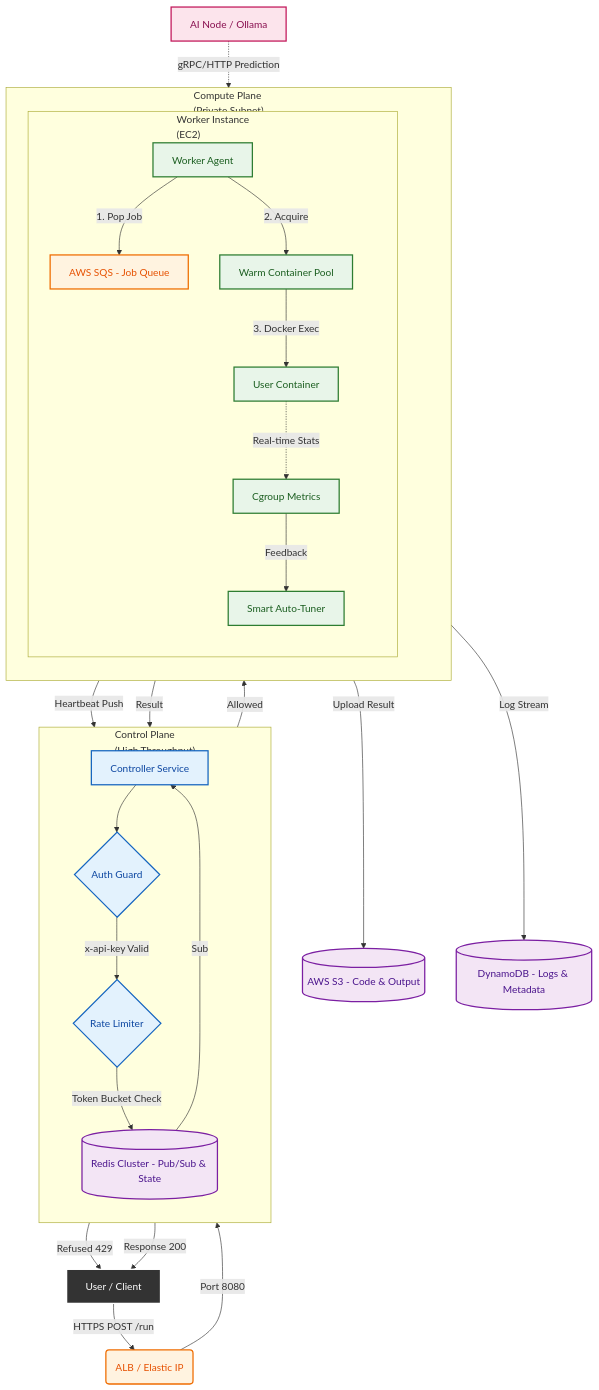
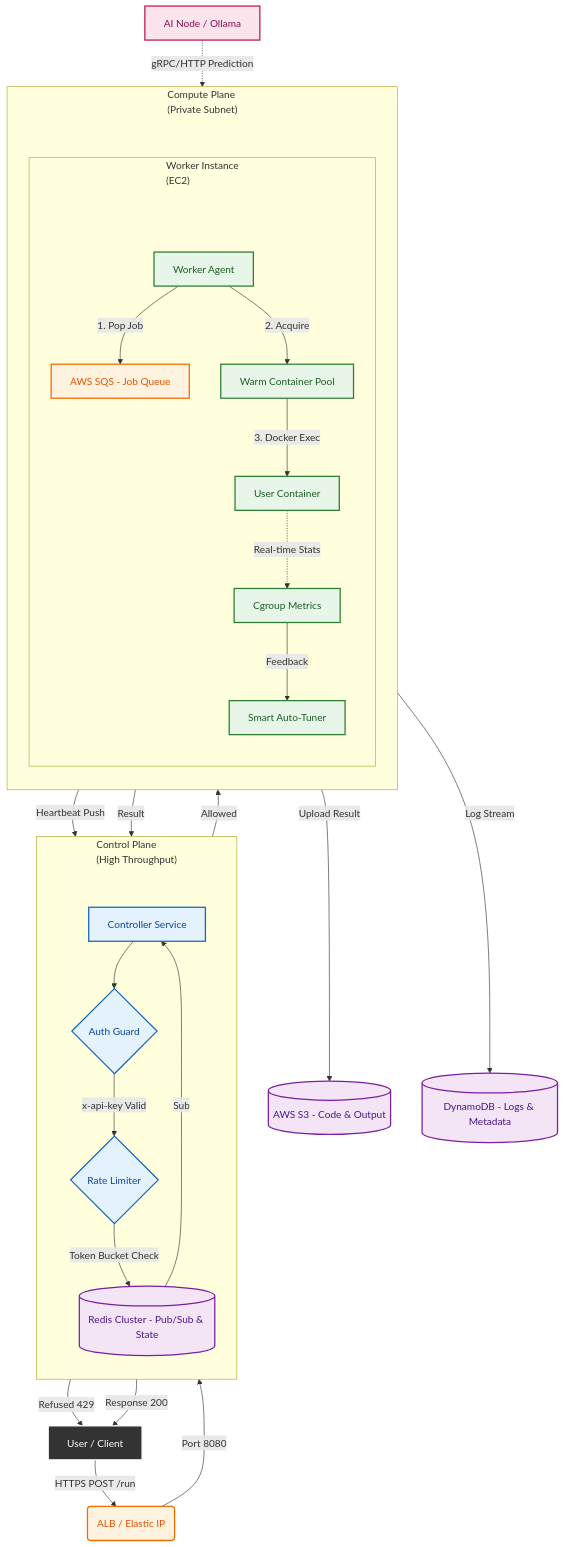
Before and after one commit to sangmu1126/FaaS-Platform: the diagram in README.md, drawn with Mermaid.

Commit message:
update README: add spacer node

```diff
--- a/README.md
+++ b/README.md
@@ -20,13 +20,16 @@
     %% 🧠 Control Plane (Node.js)
     subgraph "Control Plane<br>(High Throughput)"
         direction TB
+        %% Spacer to force Title visibility
+        Space1[ ]:::empty
+        
         Controller[Controller Service]:::control
-        pad1[ ]:::empty
         
         %% Internal Logic
         RateLimit{Rate Limiter}:::control
         Auth{Auth Guard}:::control
         
+        Space1 ~~~ Controller
         Controller --> Auth
         Auth -->|x-api-key Valid| RateLimit
         RateLimit -->|Token Bucket Check| Redis_Global
@@ -35,17 +38,22 @@
     %% ⚡ Compute Plane (Python + Docker)
     subgraph "Compute Plane<br>(Private Subnet)"
         direction TB
+        %% Spacer for Private Subnet Title
+        Space2[ ]:::empty
+        
         Agent[Worker Agent]:::worker
-        pad2[ ]:::empty
         
         %% Worker Internals
         subgraph "Worker Instance<br>(EC2)"
             direction TB
+            %% Spacer for Instance Title
+            Space3[ ]:::empty
+            
             WarmPool[Warm Container Pool]:::worker
             AutoTuner[Smart Auto-Tuner]:::worker
             MetricCol[Cgroup Metrics]:::worker
-            pad3[ ]:::empty
             
+            Space3 ~~~ Agent
             Agent -->|1. Pop Job| SQS
             Agent -->|2. Acquire| WarmPool
             WarmPool -->|3. Docker Exec| Container[User Container]:::worker
@@ -53,6 +61,8 @@
             Container -.->|Real-time Stats| MetricCol
             MetricCol -->|Feedback| AutoTuner
         end
+        
+        Space2 ~~~ Agent
     end
 
     %% 🤖 External AI Service
```
